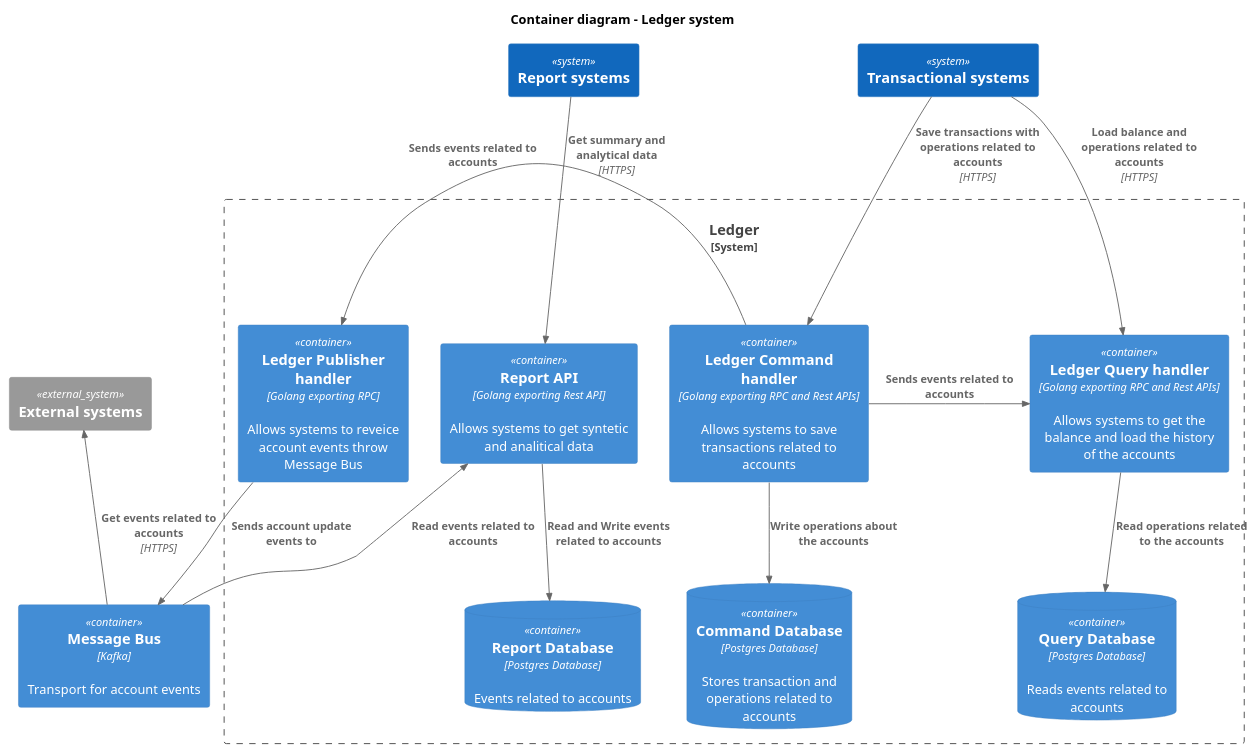
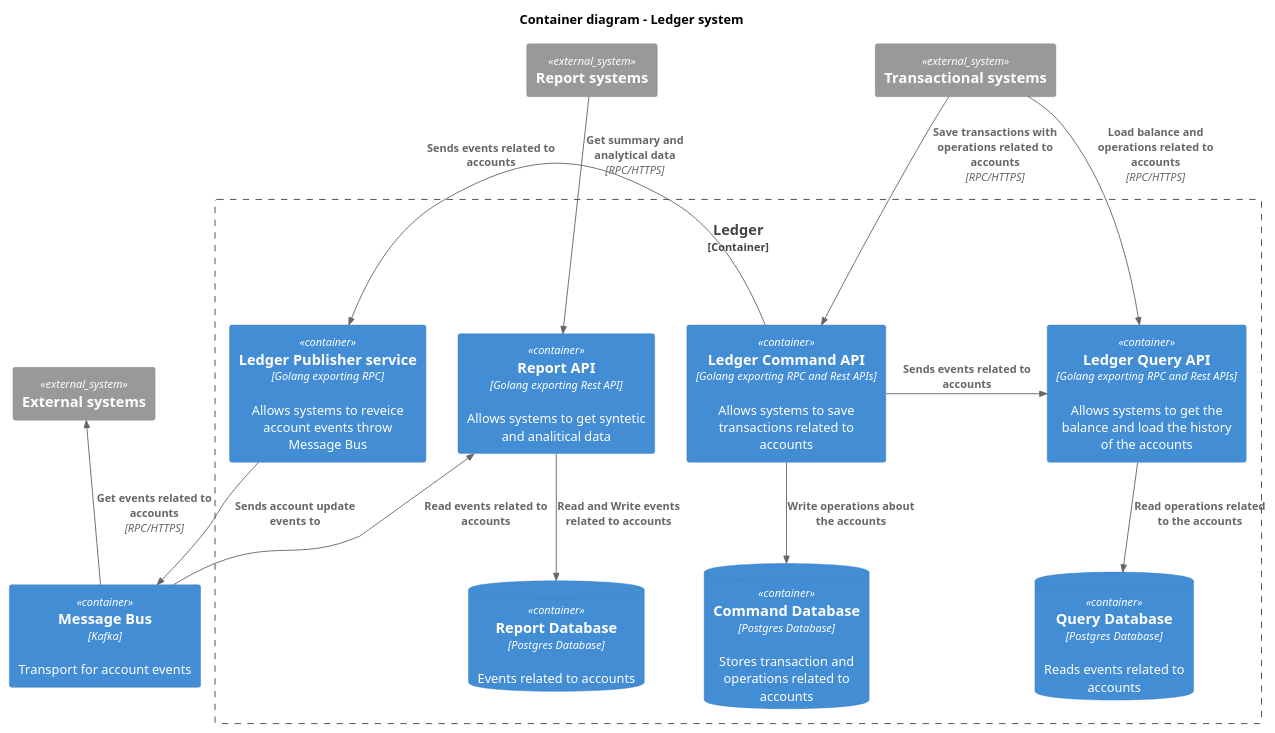
Before and after one commit to fernandodr19/the-amazing-ledger: the diagram in docs/c4model/level_2_step_by_step/level_2_e_container_diagram.puml, drawn with PlantUML. The commit also changed 15 other files, not shown here.

Commit message:
docs: improvements in c4 diagrams

```diff
--- a/docs/c4model/level_2_step_by_step/level_2_e_container_diagram.puml
+++ b/docs/c4model/level_2_step_by_step/level_2_e_container_diagram.puml
@@ -1,40 +1,40 @@
 @startuml Basic Sample
 !includeurl https://raw.githubusercontent.com/RicardoNiepel/C4-PlantUML/release/1-0/C4_Container.puml
 
 title Container diagram - Ledger system
 
-System(transactional_systems, "Transactional systems")
-System(report_systems, "Report systems")
+System_Ext(transactional_systems, "Transactional systems")
+System_Ext(report_systems, "Report systems")
 System_Ext(external_systems, "External systems")
 
-System_Boundary(ledger, "Ledger") {
-    Container(ledger_command_api, "Ledger Command handler", "Golang exporting RPC and Rest APIs", "Allows systems to save transactions related to accounts")
-    Container(ledger_query_api, "Ledger Query handler", "Golang exporting RPC and Rest APIs", "Allows systems to get the balance and load the history of the accounts")
-    Container(ledger_pub_handler, "Ledger Publisher handler", "Golang exporting RPC", "Allows systems to reveice account events throw Message Bus")
+Container_Boundary(ledger, "Ledger") {
+    Container(ledger_command_api, "Ledger Command API", "Golang exporting RPC and Rest APIs", "Allows systems to save transactions related to accounts")
+    Container(ledger_query_api, "Ledger Query API", "Golang exporting RPC and Rest APIs", "Allows systems to get the balance and load the history of the accounts")
+    Container(ledger_pub_service, "Ledger Publisher service", "Golang exporting RPC", "Allows systems to reveice account events throw Message Bus")
     ContainerDb(query_database, "Query Database", "Postgres Database", "Reads events related to accounts")
     ContainerDb(command_database, "Command Database", "Postgres Database", "Stores transaction and operations related to accounts")
     Container(report_api, "Report API", "Golang exporting Rest API", "Allows systems to get syntetic and analitical data")
     ContainerDb(report_database, "Report Database", "Postgres Database", "Events related to accounts")
 }
 
 Container(message_bus, "Message Bus", "Kafka", "Transport for account events")
 
-Rel_Neighbor(ledger_pub_handler, message_bus, "Sends account update events to")
+Rel_Neighbor(ledger_pub_service, message_bus, "Sends account update events to")
 
 Rel(ledger_command_api, command_database, "Write operations about the accounts")
 Rel(ledger_query_api, query_database, "Read operations related to the accounts")
 
-Rel(transactional_systems, ledger_command_api, "Save transactions with operations related to accounts", "HTTPS")
-Rel(transactional_systems, ledger_query_api, "Load balance and operations related to accounts", "HTTPS")
+Rel(transactional_systems, ledger_command_api, "Save transactions with operations related to accounts", "RPC/HTTPS")
+Rel(transactional_systems, ledger_query_api, "Load balance and operations related to accounts", "RPC/HTTPS")
 
 Rel(report_api, report_database, "Read and Write events related to accounts")
 Rel_Back(report_api, message_bus, "Read events related to accounts")
 
-Rel(report_systems, report_api, "Get summary and analytical data", "HTTPS")
+Rel(report_systems, report_api, "Get summary and analytical data", "RPC/HTTPS")
 
-Rel_Back(external_systems, message_bus, "Get events related to accounts", "HTTPS")
+Rel_Back(external_systems, message_bus, "Get events related to accounts", "RPC/HTTPS")
 
 Rel_Neighbor(ledger_command_api, ledger_query_api, "Sends events related to accounts")
-Rel_Neighbor(ledger_command_api, ledger_pub_handler, "Sends events related to accounts")
+Rel_Neighbor(ledger_command_api, ledger_pub_service, "Sends events related to accounts")
 
 @enduml
```
